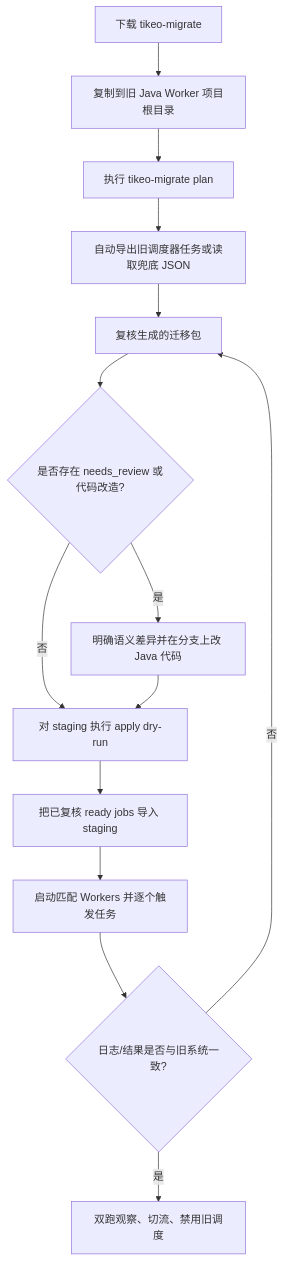
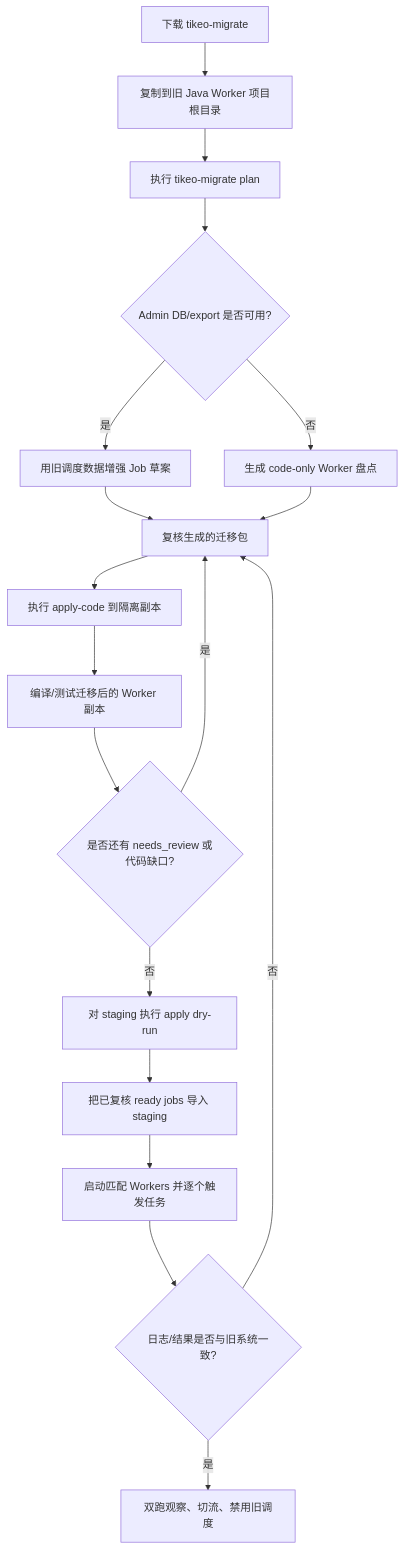
The diagram in README.zh-CN.md (yhyzgn/tikeo), drawn with Mermaid before and after one commit. The commit also changed other lines of this file and 6 other files, not shown here.

Commit message:
feat: add automatic worker migration apply

````diff
--- a/README.zh-CN.md
+++ b/README.zh-CN.md
@@ -249,16 +252,20 @@
 ```mermaid
 flowchart TD
   A[下载 tikeo-migrate] --> B[复制到旧 Java Worker 项目根目录]
   B --> C[执行 tikeo-migrate plan]
-  C --> D[自动导出旧调度器任务或读取兜底 JSON]
-  D --> E[复核生成的迁移包]
-  E --> F{是否存在 needs_review 或代码改造?}
-  F -- 是 --> G[明确语义差异并在分支上改 Java 代码]
-  F -- 否 --> H[对 staging 执行 apply dry-run]
-  G --> H
-  H --> I[把已复核 ready jobs 导入 staging]
-  I --> J[启动匹配 Workers 并逐个触发任务]
-  J --> K{日志/结果是否与旧系统一致?}
-  K -- 否 --> E
-  K -- 是 --> L[双跑观察、切流、禁用旧调度]
+  C --> D{Admin DB/export 是否可用?}
+  D -- 是 --> E[用旧调度数据增强 Job 草案]
+  D -- 否 --> F[生成 code-only Worker 盘点]
+  E --> G[复核生成的迁移包]
+  F --> G
+  G --> H[执行 apply-code 到隔离副本]
+  H --> I[编译/测试迁移后的 Worker 副本]
+  I --> J{是否还有 needs_review 或代码缺口?}
+  J -- 是 --> G
+  J -- 否 --> K[对 staging 执行 apply dry-run]
+  K --> L[把已复核 ready jobs 导入 staging]
+  L --> M[启动匹配 Workers 并逐个触发任务]
+  M --> N{日志/结果是否与旧系统一致?}
+  N -- 否 --> G
+  N -- 是 --> O[双跑观察、切流、禁用旧调度]
 ```
````
